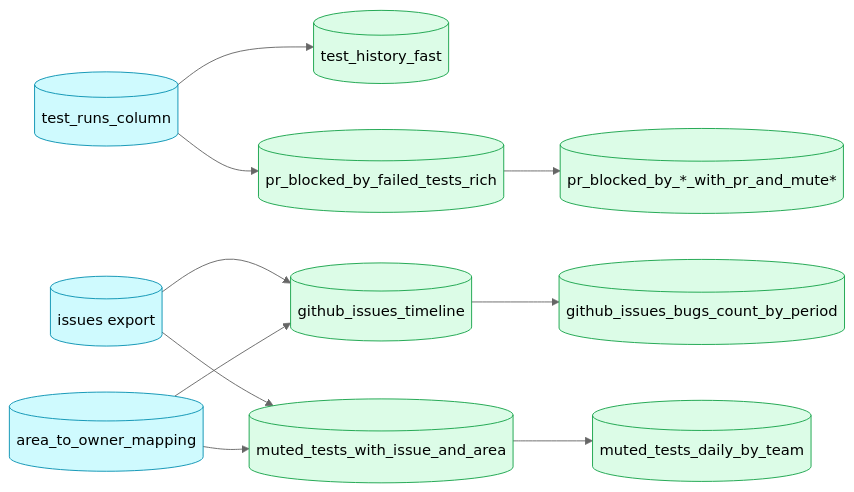
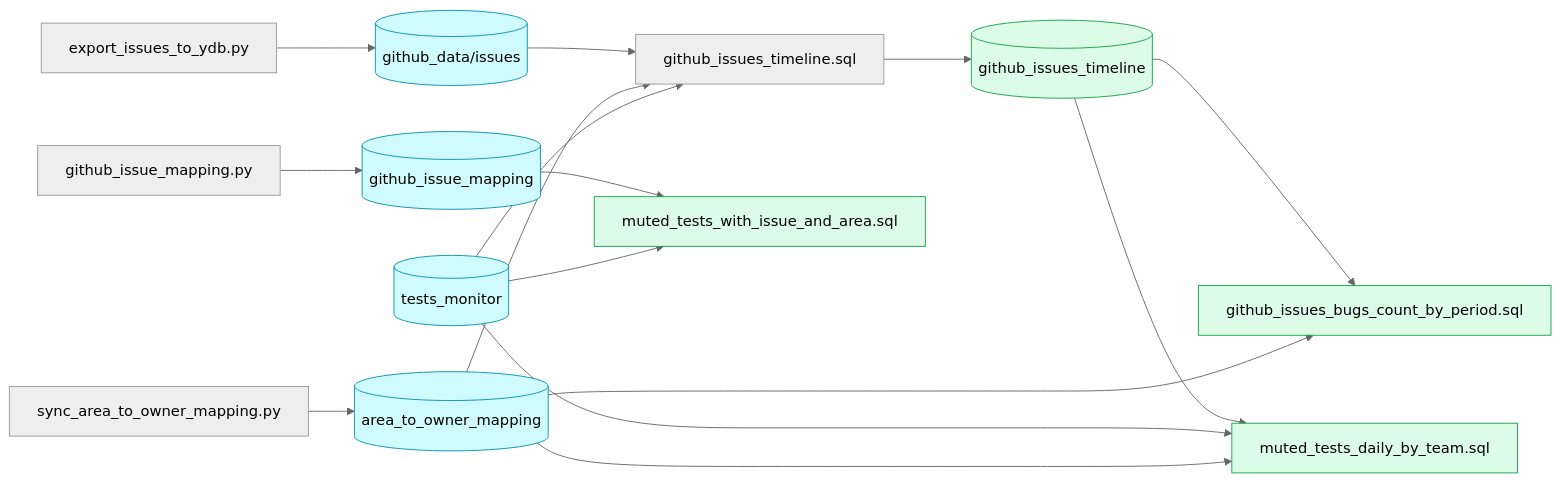
One commit to ydb-platform/ydb changed the third of 4 diagrams in .github/scripts/analytics/ARCHITECTURE.md. Above: the diagram before and after it, drawn with Mermaid (neutral theme). The commit also changed other lines of this file and 2 other files, not shown here.

First line of the commit message:
Document table dependency maps and mart SQL registry in ARCHITECTURE

````diff
--- a/.github/scripts/analytics/ARCHITECTURE.md
+++ b/.github/scripts/analytics/ARCHITECTURE.md
@@ -123,18 +174,23 @@
 ```mermaid
 flowchart LR
   classDef enriched fill:#cffafe,stroke:#0891b2
   classDef mart fill:#dcfce7,stroke:#16a34a
 
-  RAW[(test_runs_column)] --> THF[(test_history_fast)]
-  GH_I[(issues export)] --> TIMELINE[(github_issues_timeline)]
-  MAP[(area_to_owner_mapping)] --> TIMELINE
-  TIMELINE --> BUGS[(github_issues_bugs_count_by_period)]
-  GH_I --> MUTED_RICH[(muted_tests_with_issue_and_area)]
-  MAP --> MUTED_RICH
-  MUTED_RICH --> MUTED_TEAM[(muted_tests_daily_by_team)]
-  RAW --> PR_RICH[(pr_blocked_by_failed_tests_rich)]
-  PR_RICH --> PR_MUTE[(pr_blocked_by_*_with_pr_and_mute*)]
+  EXP[export_issues_to_ydb.py] --> ISS[(github_data/issues)]
+  GIM[github_issue_mapping.py] --> GIMT[(github_issue_mapping)]
+  SYNC[sync_area_to_owner_mapping.py] --> A2O[(area_to_owner_mapping)]
+  ISS --> TL[github_issues_timeline.sql]
+  A2O --> TL
+  TM[(tests_monitor)] --> TL
+  TL --> TIM[(github_issues_timeline)]
+  TIM --> BUGS[github_issues_bugs_count_by_period.sql]
+  A2O --> BUGS
+  TIM --> MUTED_TEAM[muted_tests_daily_by_team.sql]
+  TM --> MUTED_TEAM
+  A2O --> MUTED_TEAM
+  GIMT --> MUTED_RICH[muted_tests_with_issue_and_area.sql]
+  TM --> MUTED_RICH
 
-  class RAW,GH_I,MAP enriched
-  class THF,TIMELINE,BUGS,MUTED_RICH,MUTED_TEAM,PR_RICH,PR_MUTE mart
+  class ISS,GIMT,A2O,TM enriched
+  class TIM,BUGS,MUTED_TEAM,MUTED_RICH mart
 ```
````
